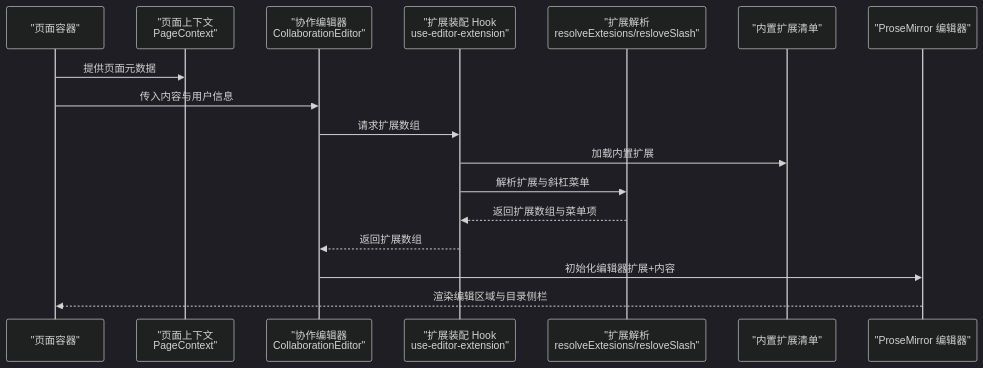
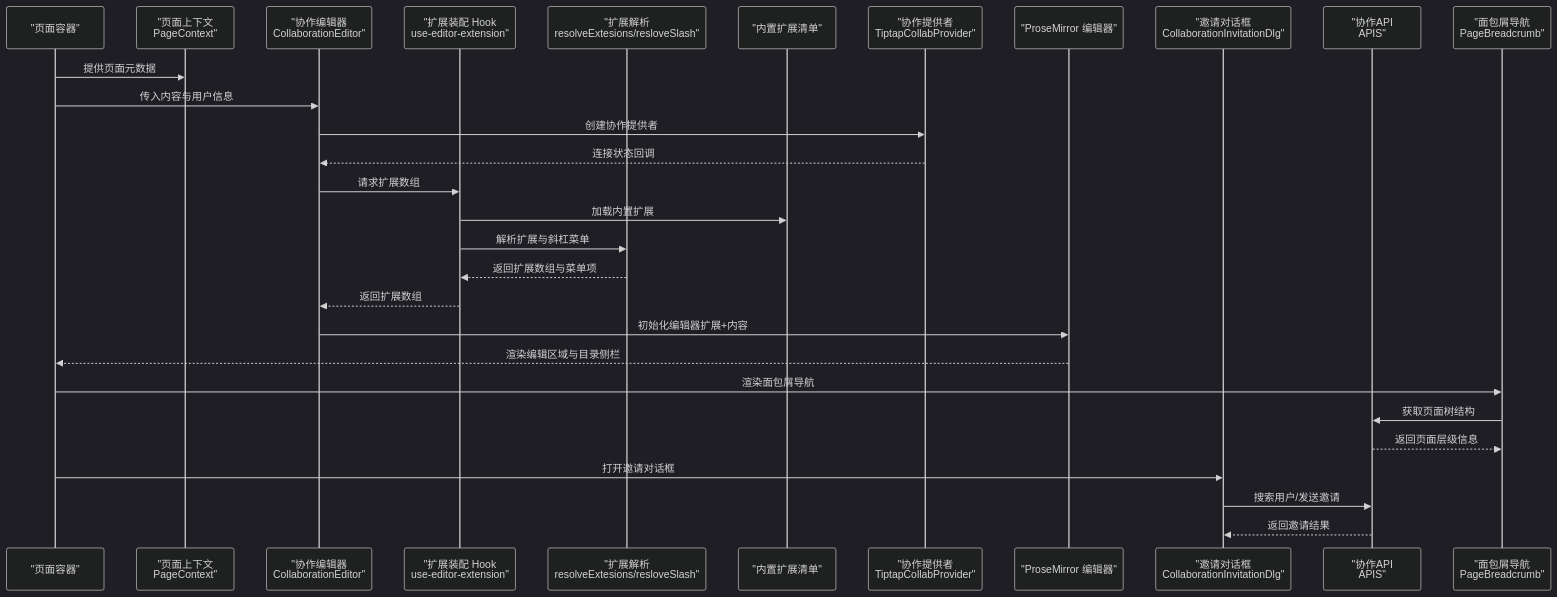
The second of 13 diagrams in .qoder/repowiki/zh/content/功能模块/知识库管理/页面编辑.md (LRF0422/Kotion), drawn with Mermaid (dark theme) before and after one commit. The commit also changed other lines of this file and 75 other files, not shown here.

````diff
--- a/.qoder/repowiki/zh/content/功能模块/知识库管理/页面编辑.md
+++ b/.qoder/repowiki/zh/content/功能模块/知识库管理/页面编辑.md
@@ -125,19 +202,31 @@
 ```mermaid
 sequenceDiagram
 participant UI as "页面容器"
 participant Ctx as "页面上下文<br/>PageContext"
 participant Collab as "协作编辑器<br/>CollaborationEditor"
 participant ExtHook as "扩展装配 Hook<br/>use-editor-extension"
 participant Kit as "扩展解析<br/>resolveExtesions/resloveSlash"
 participant BuildIn as "内置扩展清单"
+participant Provider as "协作提供者<br/>TiptapCollabProvider"
 participant PM as "ProseMirror 编辑器"
+participant InviteDlg as "邀请对话框<br/>CollaborationInvitationDlg"
+participant API as "协作API<br/>APIS"
+participant Breadcrumb as "面包屑导航<br/>PageBreadcrumb"
 UI->>Ctx : 提供页面元数据
 UI->>Collab : 传入内容与用户信息
+Collab->>Provider : 创建协作提供者
+Provider-->>Collab : 连接状态回调
 Collab->>ExtHook : 请求扩展数组
 ExtHook->>BuildIn : 加载内置扩展
 ExtHook->>Kit : 解析扩展与斜杠菜单
 Kit-->>ExtHook : 返回扩展数组与菜单项
 ExtHook-->>Collab : 返回扩展数组
 Collab->>PM : 初始化编辑器扩展+内容
 PM-->>UI : 渲染编辑区域与目录侧栏
+UI->>Breadcrumb : 渲染面包屑导航
+Breadcrumb->>API : 获取页面树结构
+API-->>Breadcrumb : 返回页面层级信息
+UI->>InviteDlg : 打开邀请对话框
+InviteDlg->>API : 搜索用户/发送邀请
+API-->>InviteDlg : 返回邀请结果
 ```
````
